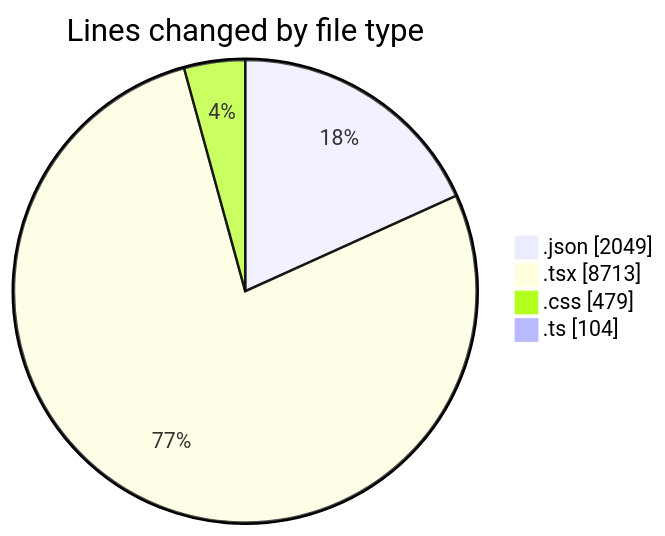
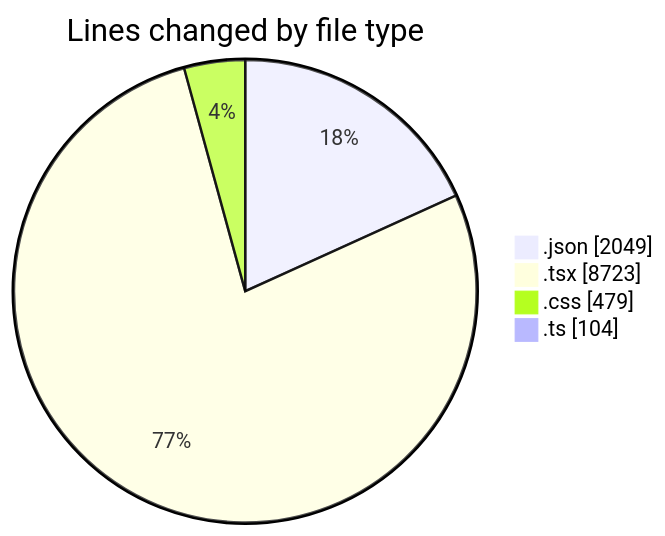
The first of 2 diagrams in 2025-08-14/ribbon/README.md (EIIisD/code-tracking), drawn with Mermaid before and after one commit. The commit also changed other lines of this file and 1 other file, not shown here.

````diff
--- a/2025-08-14/ribbon/README.md
+++ b/2025-08-14/ribbon/README.md
@@ -34,8 +34,8 @@
 ```mermaid
 pie showData
 title Lines changed by file type
 ".json" : 2049
-".tsx" : 8713
+".tsx" : 8723
 ".css" : 479
 ".ts" : 104
 ```
````
